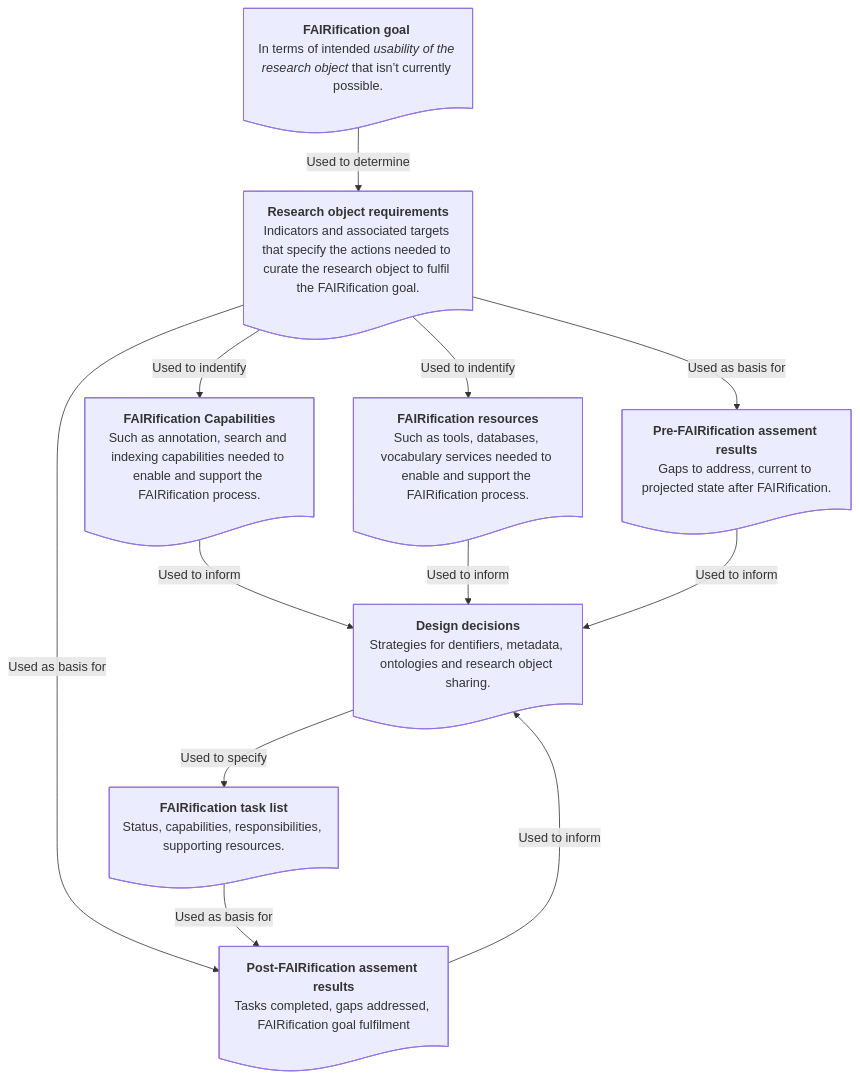
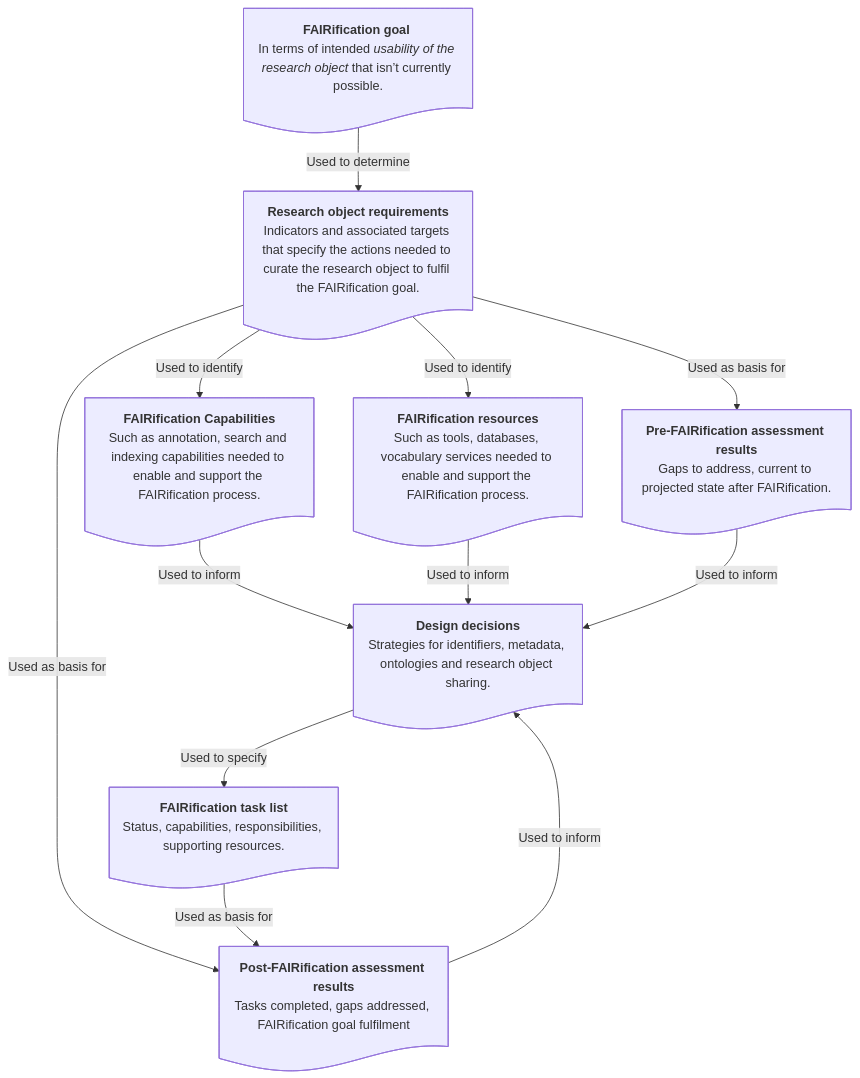
Before and after one commit to elixir-europe/interoperability_2024-26: the diagram in pages/framework/diagrams-mmd/FAIRificationWorkplan.mmd, drawn with Mermaid.

Commit message:
Fix spelling errors discovered in code review

```diff
--- a/pages/framework/diagrams-mmd/FAIRificationWorkplan.mmd
+++ b/pages/framework/diagrams-mmd/FAIRificationWorkplan.mmd
@@ -1,40 +1,40 @@
 ---
 config:
   htmlLabels: true
   flowchart:
     wrappingWidth: 260
 ---
 flowchart TB;
     goal@{ shape: doc, label: "**FAIRification goal** <br>In terms of intended *usability of the research object* that isn’t currently possible." }
 
     requirements@{ shape: doc, label: "**Research object requirements**
     Indicators and associated targets that specify the actions needed to curate the research object to fulfil the FAIRification goal."}
 
     capabilities@{ shape: doc, label: "**FAIRification Capabilities**
     Such as annotation, search and indexing capabilities needed to enable and support the FAIRification process."}
 
     resources@{ shape: doc, label: "**FAIRification resources**
     Such as tools, databases, vocabulary services needed to enable and support the FAIRification process."}
 
-    pre_assessment@{ shape: doc, label: "**Pre-FAIRification assement results**
+    pre_assessment@{ shape: doc, label: "**Pre-FAIRification assessment results**
     Gaps to address, current to projected state after FAIRification." }
     
     design@{ shape: doc, label: "**Design decisions**
-    Strategies for dentifiers, metadata, ontologies and research object sharing."} 
+    Strategies for identifiers, metadata, ontologies and research object sharing."} 
 
     implementation@{ shape: doc, label: "**FAIRification task list**
     Status, capabilities, responsibilities, supporting resources."} 
 
-    post_assessment@{ shape: doc, label: "**Post-FAIRification assement results**
+    post_assessment@{ shape: doc, label: "**Post-FAIRification assessment results**
     Tasks completed, gaps addressed, FAIRification goal fulfilment" }
 
 
 
     
     goal -- Used to determine --> requirements
-    requirements -- Used to indentify --> capabilities & resources
+    requirements -- Used to identify --> capabilities & resources
     requirements -- Used as basis for --> pre_assessment
     capabilities & resources & pre_assessment -- Used to inform --> design
     design -- Used to specify --> implementation
     requirements & implementation -- Used as basis for --> post_assessment
     post_assessment -- Used to inform --> design
```
